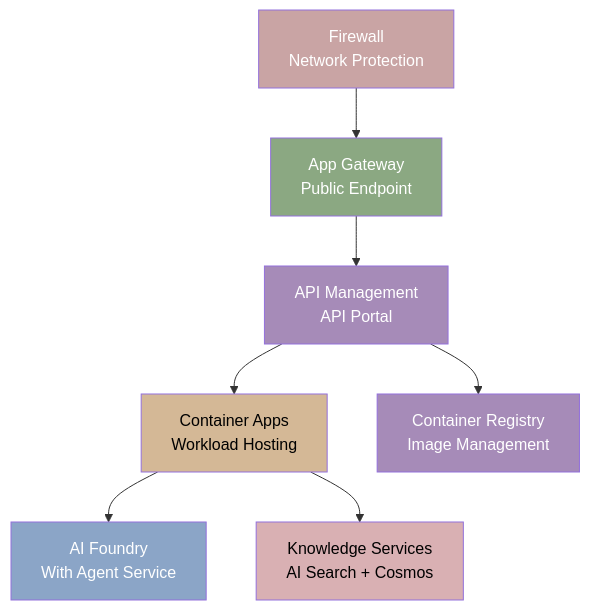
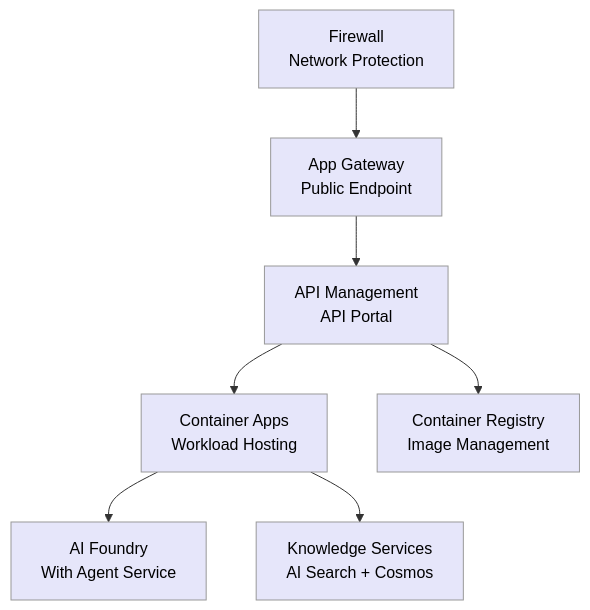
One commit to Azure/terraform-azurerm-avm-ptn-aiml-landing-zone changed the seventh of 7 diagrams in ARCHITECTURE_DIAGRAM.md. Above: the diagram before and after it, drawn with Mermaid. The commit also changed other lines of this file, not shown here.

````diff
--- a/ARCHITECTURE_DIAGRAM.md
+++ b/ARCHITECTURE_DIAGRAM.md
@@ -439,25 +553,25 @@
 ```mermaid
 graph TB
     FW["Firewall<br/>Network Protection"]
     AG["App Gateway<br/>Public Endpoint"]
     APIM["API Management<br/>API Portal"]
     CAE["Container Apps<br/>Workload Hosting"]
     AIH["AI Foundry<br/>With Agent Service"]
     KB["Knowledge Services<br/>AI Search + Cosmos"]
     ACR["Container Registry<br/>Image Management"]
 
     FW --> AG
     AG --> APIM
     APIM --> CAE
     CAE --> AIH
     CAE --> KB
     APIM --> ACR
 
-    style FW fill:#C9A4A4,color:#fff
-    style AG fill:#8BA882,color:#fff
-    style APIM fill:#A68BB8,color:#fff
-    style CAE fill:#D4B896,color:#000
-    style AIH fill:#8BA5C7,color:#fff
-    style KB fill:#D9B0B3,color:#000
-    style ACR fill:#A68BB8,color:#fff
+    style FW fill:#E6E6FA,stroke:#999,color:#000
+    style AG fill:#E6E6FA,stroke:#999,color:#000
+    style APIM fill:#E6E6FA,stroke:#999,color:#000
+    style CAE fill:#E6E6FA,stroke:#999,color:#000
+    style AIH fill:#E6E6FA,stroke:#999,color:#000
+    style KB fill:#E6E6FA,stroke:#999,color:#000
+    style ACR fill:#E6E6FA,stroke:#999,color:#000
 ```
````
